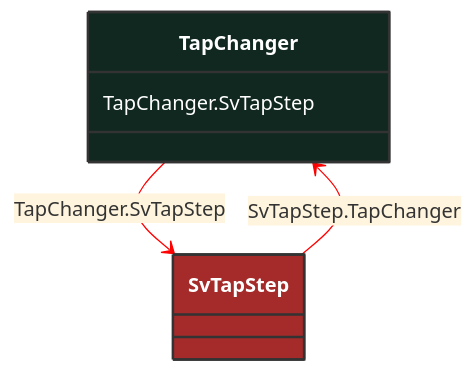
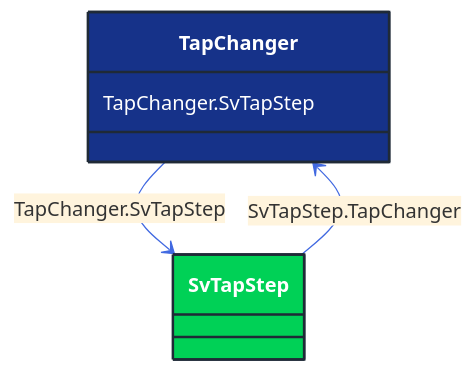
One commit to 3lbits/NoCIMExtensions changed the diagram in docs/Models/Profiles/StateVariables/AbstractClasses/TapChanger.md. Above: the diagram before and after it, drawn with Mermaid. The commit also changed 362 other files, not shown here.

First line of the commit message:
Update diagrams and styles for improved visual consistency

````diff
--- a/docs/Models/Profiles/StateVariables/AbstractClasses/TapChanger.md
+++ b/docs/Models/Profiles/StateVariables/AbstractClasses/TapChanger.md
@@ -10,22 +10,22 @@
 ```mermaid
-%%{init: {'theme':'base','themeVariables': {'lineColor': '#FF0000'}}}%%
+%%{init: {'theme':'base','themeVariables': {'lineColor': '#4169E1'}}}%%
 classDiagram
     class TapChanger
     click TapChanger href "/Models/Profiles/StateVariables/AbstractClasses/TapChanger/"
-    style TapChanger fill:#102820,stroke:#333,stroke-width:2px,rx:10,ry:10,color:white
+    style TapChanger fill:#163289,stroke:#1F2A37,stroke-width:2px,rx:10,ry:10,color:white
 
         TapChanger --> SvTapStep : TapChanger.SvTapStep
 
         SvTapStep
             click SvTapStep href "/Models/Profiles/StateVariables/ConcreteClasses/SvTapStep/"
-            style SvTapStep fill:#A52A2A,stroke:#333,stroke-width:2px,rx:10,ry:10,color:white
+            style SvTapStep fill:#00D156,stroke:#1F2A37,stroke-width:2px,rx:10,ry:10,color:white
 
         SvTapStep --> TapChanger : SvTapStep.TapChanger
 
         SvTapStep
             click SvTapStep href "/Models/Profiles/StateVariables/ConcreteClasses/SvTapStep/"
-            style SvTapStep fill:#A52A2A,stroke:#333,stroke-width:2px,rx:10,ry:10,color:white
+            style SvTapStep fill:#00D156,stroke:#1F2A37,stroke-width:2px,rx:10,ry:10,color:white
 
 
         TapChanger : TapChanger.SvTapStep
 ```
````
